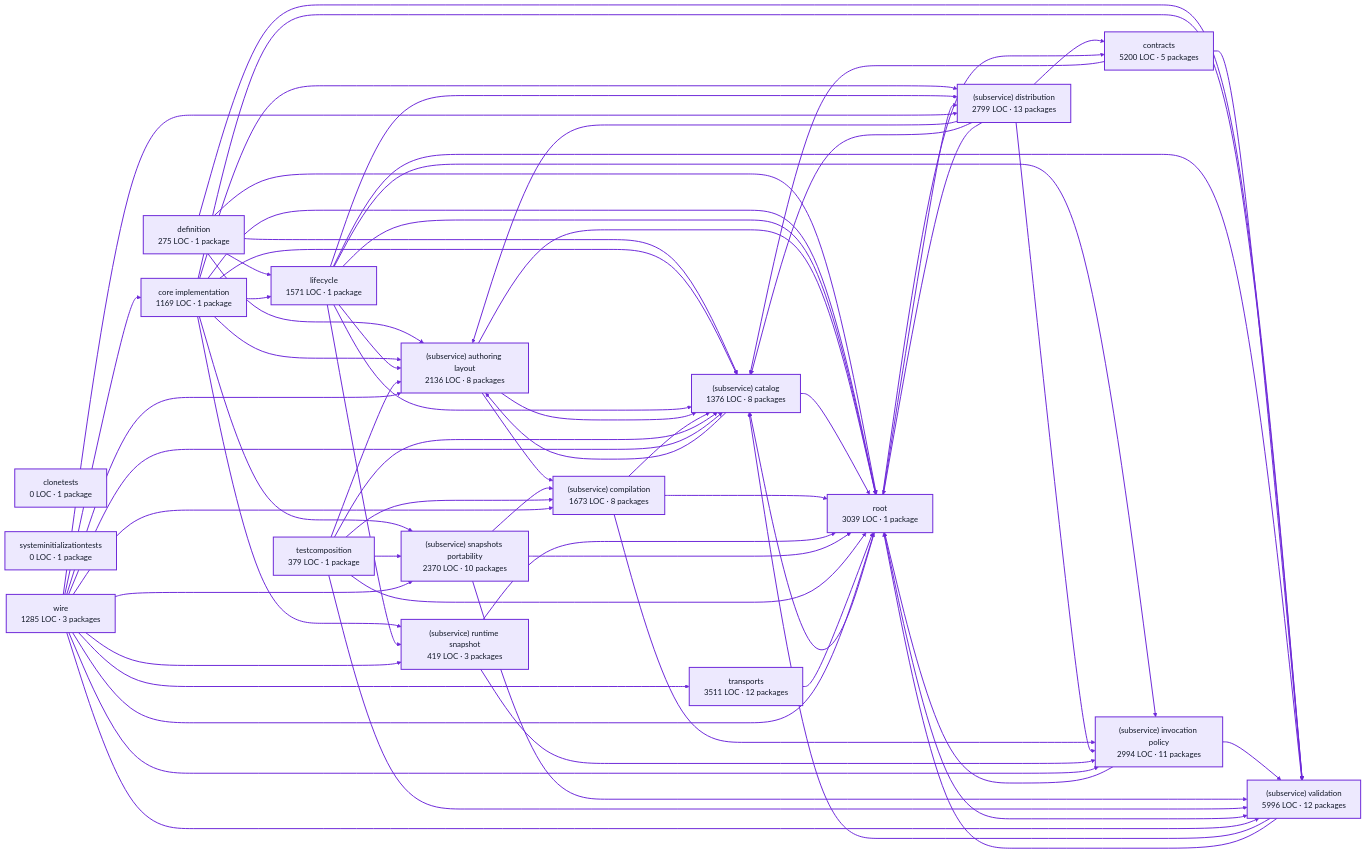
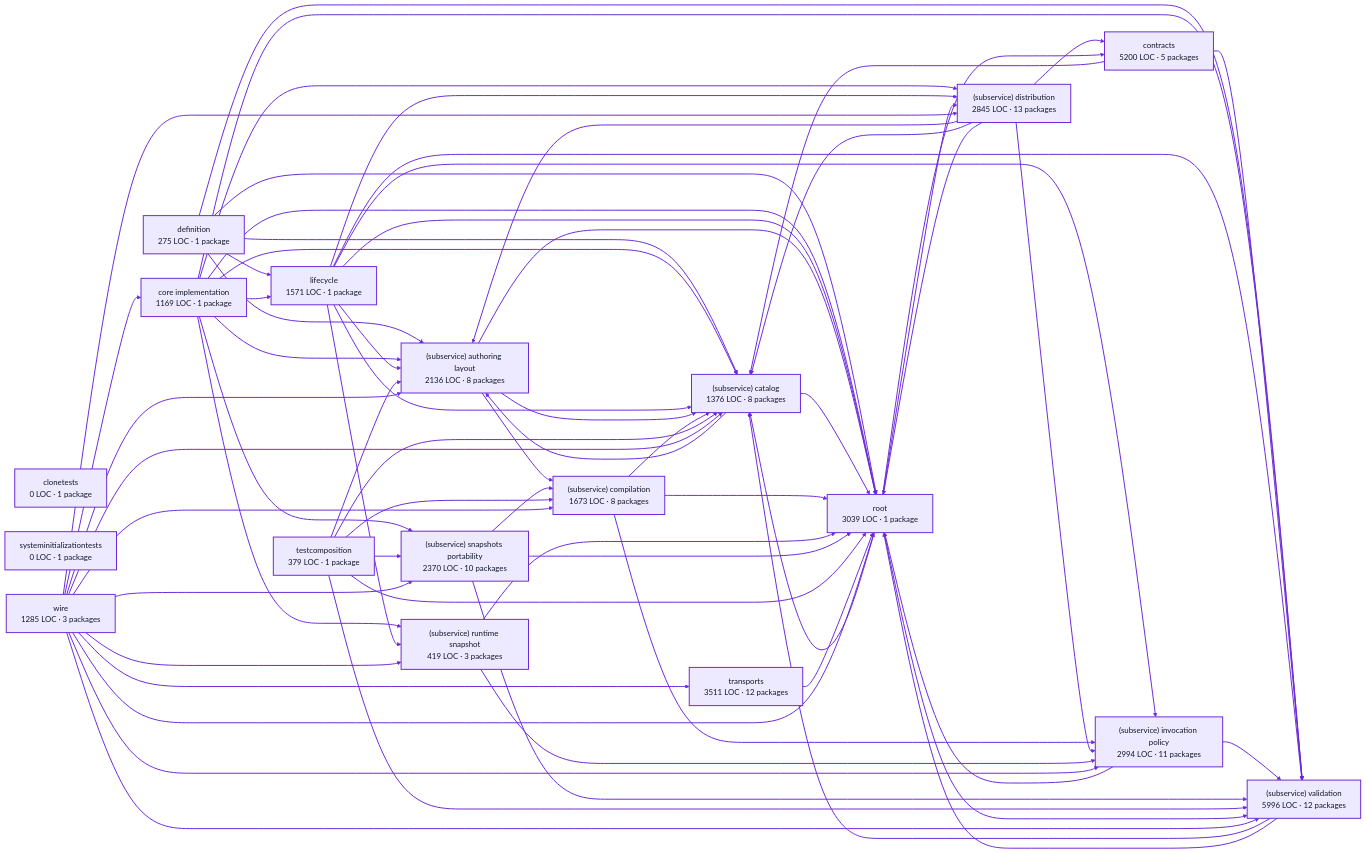
The diagram in docs/architecture/visualizations/services/factory_definitions.md (portpowered/you-agent-factory), drawn with Mermaid before and after one commit. The commit also changed other lines of this file and 20 other files, not shown here.

Commit message:
docs: refresh backend architecture visualizations

```diff
--- a/docs/architecture/visualizations/services/factory_definitions.md
+++ b/docs/architecture/visualizations/services/factory_definitions.md
@@ -18,7 +18,7 @@
   p5["(subservice) authoring layout<br/>2136 LOC · 8 packages"]
   p6["(subservice) catalog<br/>1376 LOC · 8 packages"]
   p7["(subservice) compilation<br/>1673 LOC · 8 packages"]
-  p8["(subservice) distribution<br/>2799 LOC · 13 packages"]
+  p8["(subservice) distribution<br/>2845 LOC · 13 packages"]
   p9["(subservice) invocation policy<br/>2994 LOC · 11 packages"]
   p10["(subservice) runtime snapshot<br/>419 LOC · 3 packages"]
   p11["(subservice) snapshots portability<br/>2370 LOC · 10 packages"]
```
